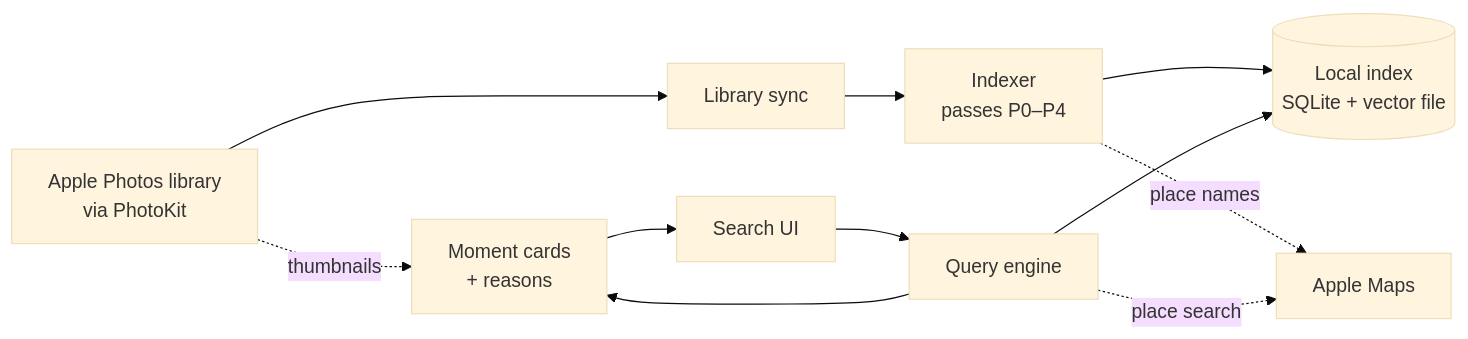
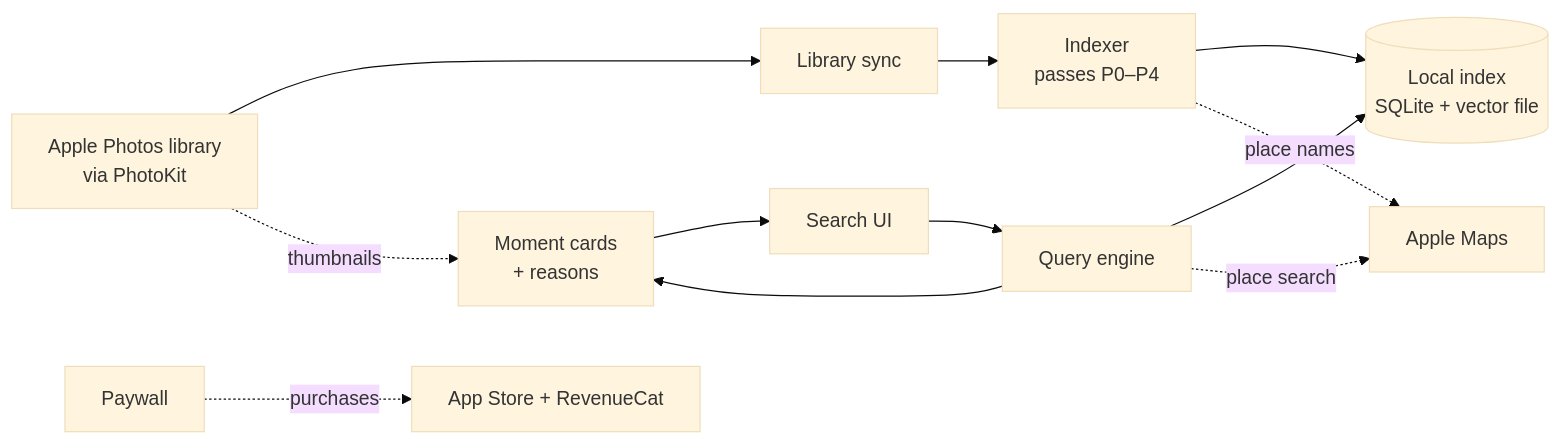
The diagram in docs/architecture.md (samouh-waleed/lahza), drawn with Mermaid (base theme) before and after one commit. The commit also changed other lines of this file and 123 other files, not shown here.

````diff
--- a/docs/architecture.md
+++ b/docs/architecture.md
@@ -7,13 +7,14 @@
 ```mermaid
 flowchart LR
   P[Apple Photos library<br/>via PhotoKit] --> S[Library sync]
   S --> I[Indexer<br/>passes P0–P4]
   I --> X[(Local index<br/>SQLite + vector file)]
   U[Search UI] --> Q[Query engine]
   Q --> X
   Q --> R[Moment cards<br/>+ reasons]
   R --> U
   P -. thumbnails .-> R
   I -. place names .-> M[Apple Maps]
   Q -. place search .-> M
+  B[Paywall] -. purchases .-> RC[App Store + RevenueCat]
 ```
````
